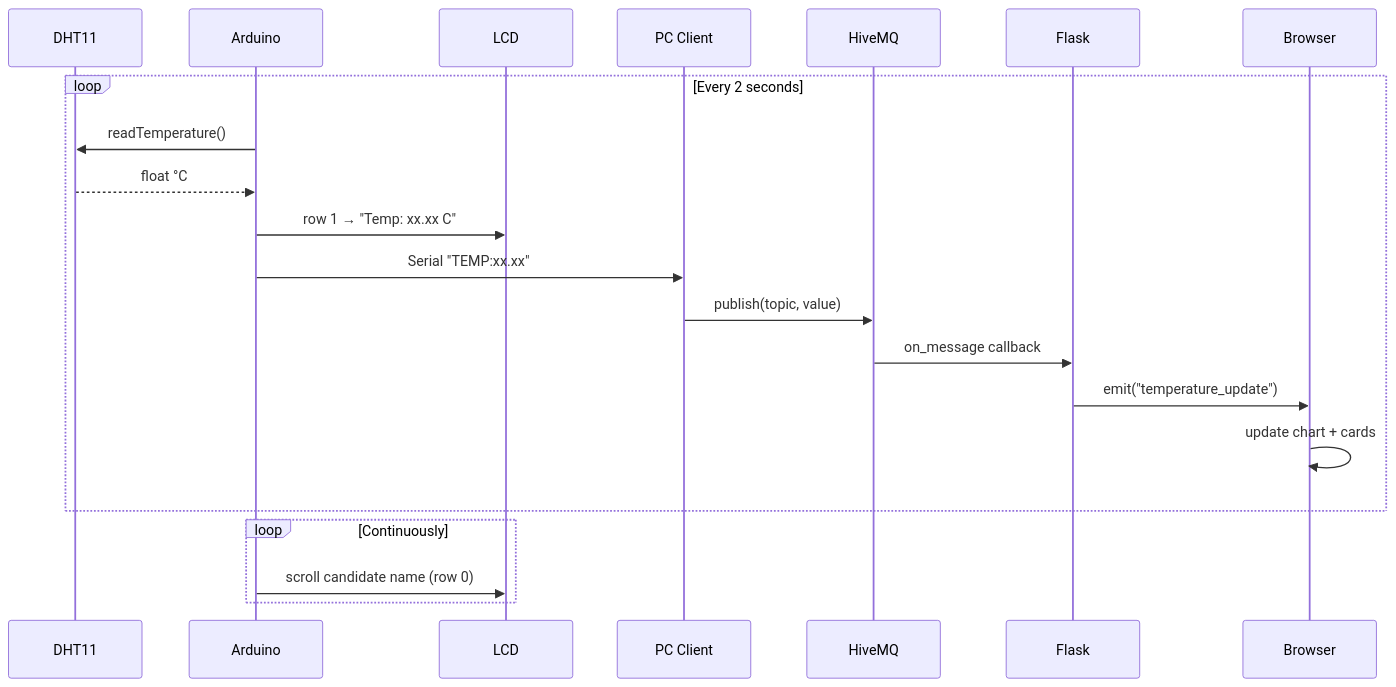
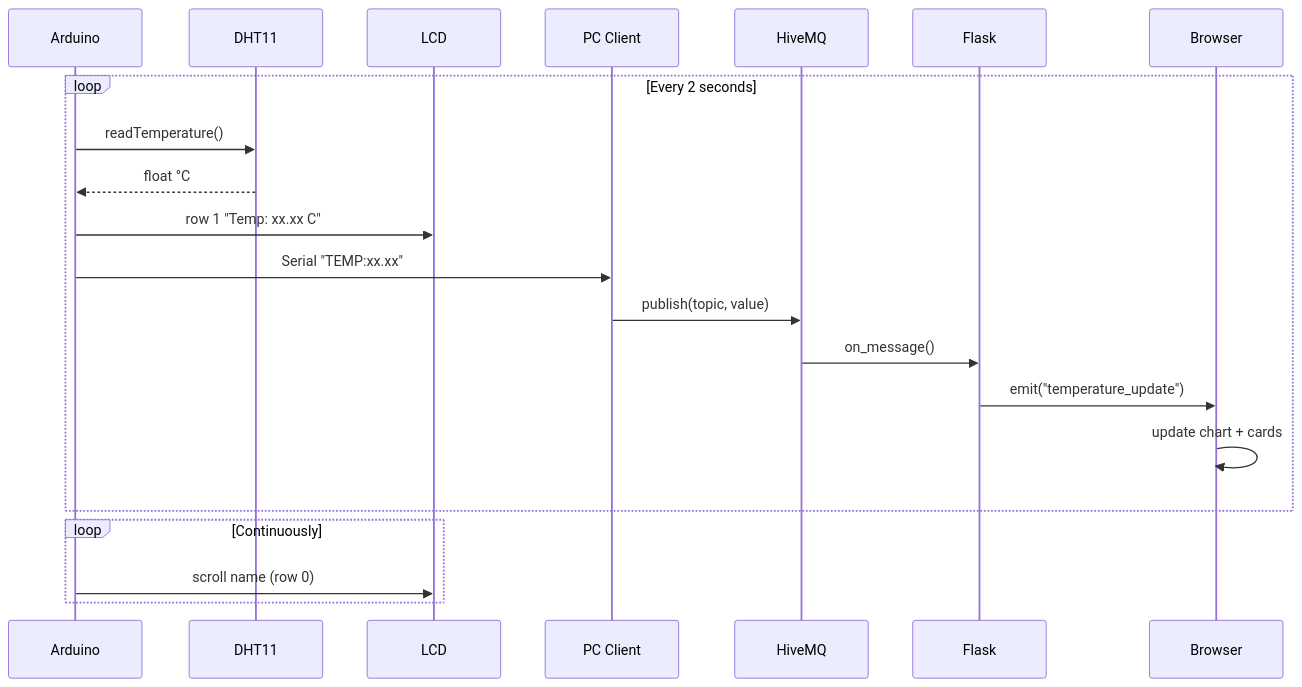
Before and after one commit to DonDurkheim/temperature-monitoring-system: the diagram in README.md, drawn with Mermaid. The commit also changed other lines of this file, not shown here.

````diff
--- a/README.md
+++ b/README.md
@@ -65,25 +166,25 @@
 ```mermaid
 sequenceDiagram
-    participant DHT11
-    participant Arduino
-    participant LCD
-    participant PC as PC Client
-    participant Broker as HiveMQ
-    participant Flask
-    participant Browser
+    participant A as Arduino
+    participant D as DHT11
+    participant L as LCD
+    participant P as PC Client
+    participant B as HiveMQ
+    participant F as Flask
+    participant W as Browser
 
     loop Every 2 seconds
-        Arduino->>DHT11: readTemperature()
-        DHT11-->>Arduino: float °C
-        Arduino->>LCD: row 1 → "Temp: xx.xx C"
-        Arduino->>PC: Serial "TEMP:xx.xx"
-        PC->>Broker: publish(topic, value)
-        Broker->>Flask: on_message callback
-        Flask->>Browser: emit("temperature_update")
-        Browser->>Browser: update chart + cards
+        A->>D: readTemperature()
+        D-->>A: float °C
+        A->>L: row 1 "Temp: xx.xx C"
+        A->>P: Serial "TEMP:xx.xx"
+        P->>B: publish(topic, value)
+        B->>F: on_message()
+        F->>W: emit("temperature_update")
+        W->>W: update chart + cards
     end
 
     loop Continuously
-        Arduino->>LCD: scroll candidate name (row 0)
+        A->>L: scroll name (row 0)
     end
 ```
````
